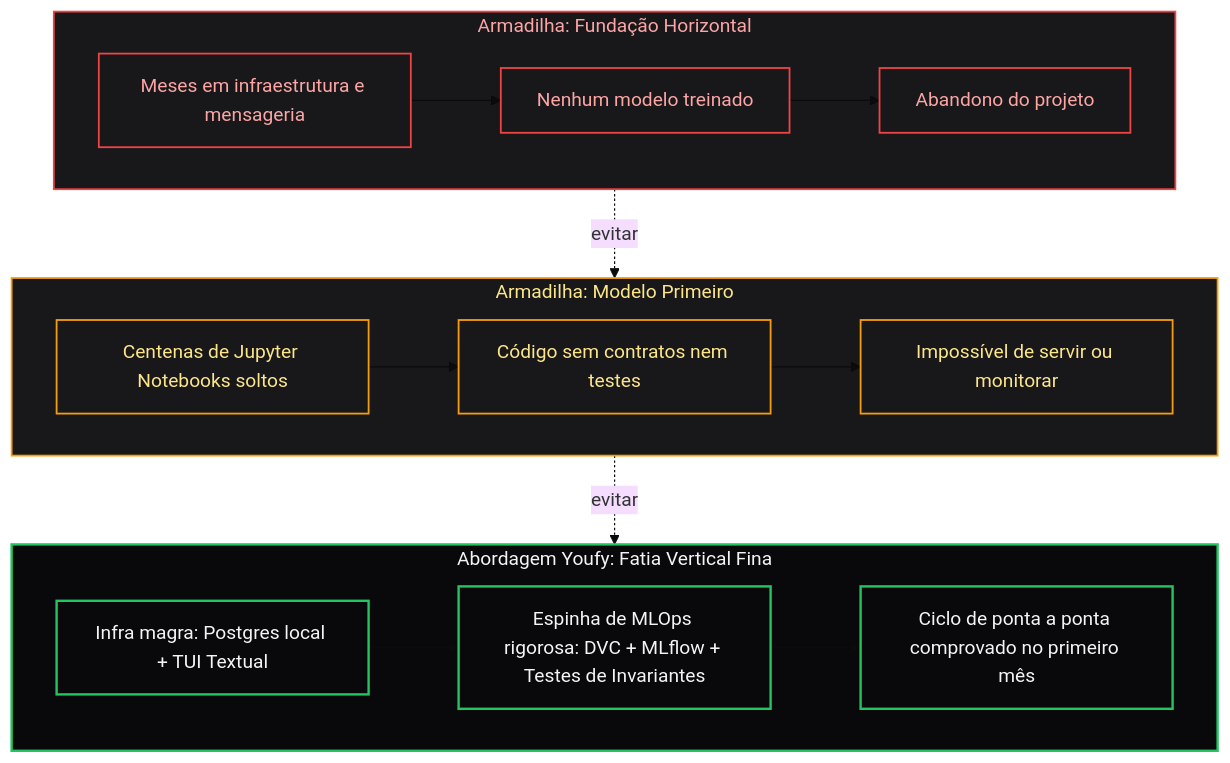
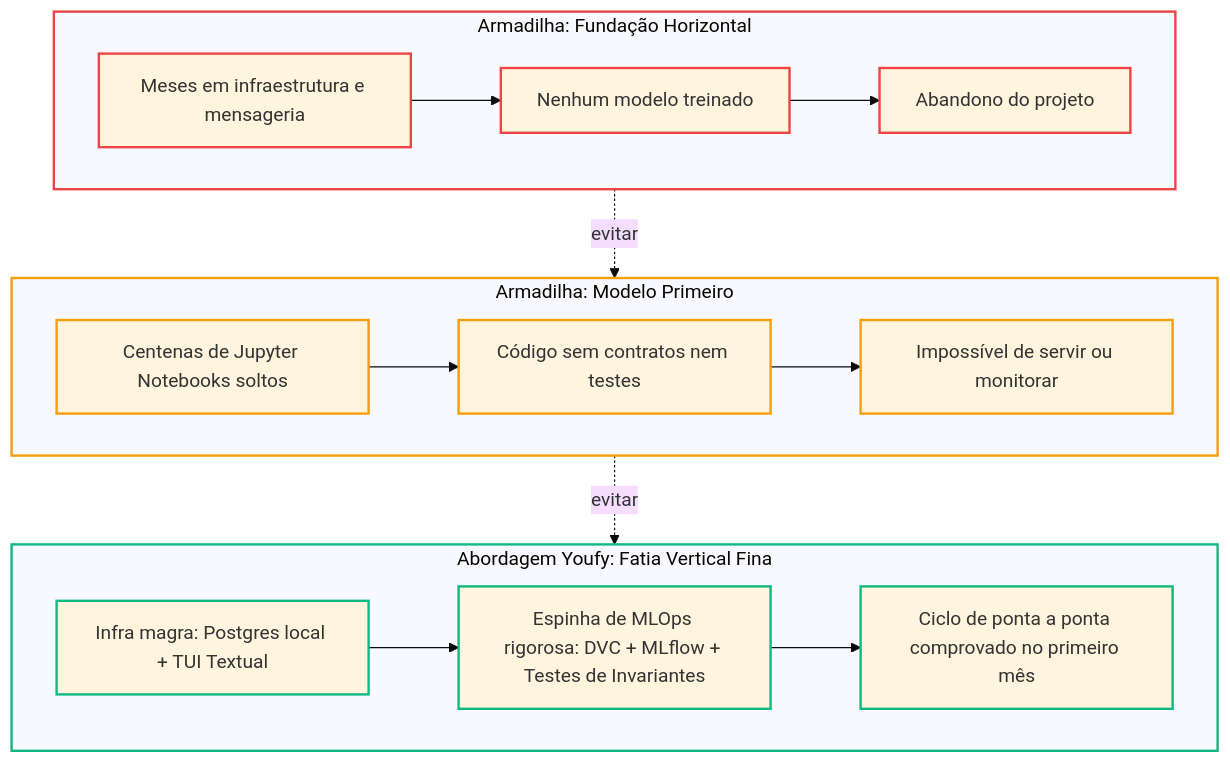
Before and after one commit to Oseiasdfarias/youfy: the fourth of 4 diagrams in docs/arquitetura/decisoes.md, drawn with Mermaid (base theme). The commit also changed other lines of this file and 7 other files, not shown here.

Commit message:
style(docs): compatibilidade completa dos diagramas mermaid com tema claro e escuro

````diff
--- a/docs/arquitetura/decisoes.md
+++ b/docs/arquitetura/decisoes.md
@@ -100,24 +100,24 @@
 ```mermaid
 flowchart TD
     subgraph S_FH["Armadilha: Fundação Horizontal"]
         FH1["Meses em infraestrutura e mensageria"] --> FH2["Nenhum modelo treinado"] --> FH3["Abandono do projeto"]
     end
 
     subgraph S_MP["Armadilha: Modelo Primeiro"]
         MP1["Centenas de Jupyter Notebooks soltos"] --> MP2["Código sem contratos nem testes"] --> MP3["Impossível de servir ou monitorar"]
     end
 
     subgraph S_YF["Abordagem Youfy: Fatia Vertical Fina"]
         Y1["Infra magra: Postgres local + TUI Textual"] --> Y2["Espinha de MLOps rigorosa: DVC + MLflow + Testes de Invariantes"] --> Y3["Ciclo de ponta a ponta comprovado no primeiro mês"]
     end
 
     S_FH -. "evitar" .-> S_MP
     S_MP -. "evitar" .-> S_YF
 
-    classDef fhStyle fill:#18181b,stroke:#ef4444,stroke-width:1.5px,color:#fca5a5;
-    classDef mpStyle fill:#18181b,stroke:#f59e0b,stroke-width:1.5px,color:#fde68a;
-    classDef yfStyle fill:#09090b,stroke:#22c55e,stroke-width:2px,color:#f4f4f5;
+    classDef fhStyle stroke:#ef4444,stroke-width:2px;
+    classDef mpStyle stroke:#f59e0b,stroke-width:2px;
+    classDef yfStyle stroke:#10b981,stroke-width:2px;
     class S_FH,FH1,FH2,FH3 fhStyle;
     class S_MP,MP1,MP2,MP3 mpStyle;
     class S_YF,Y1,Y2,Y3 yfStyle;
 ```
````
